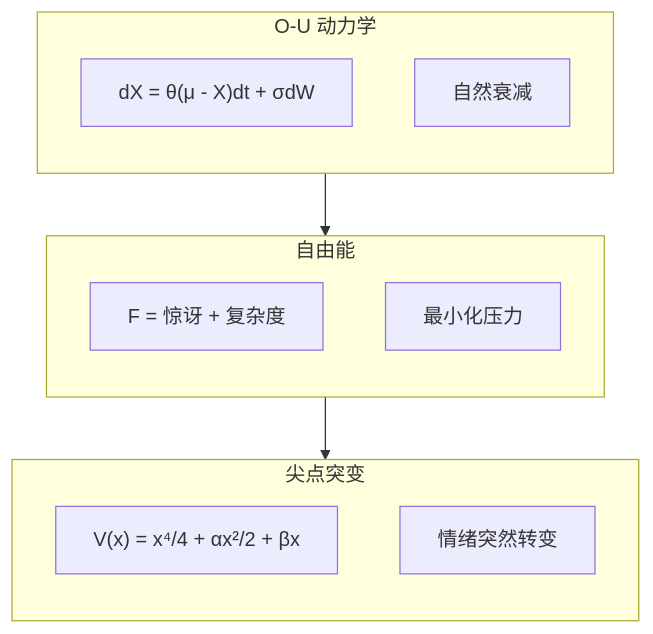
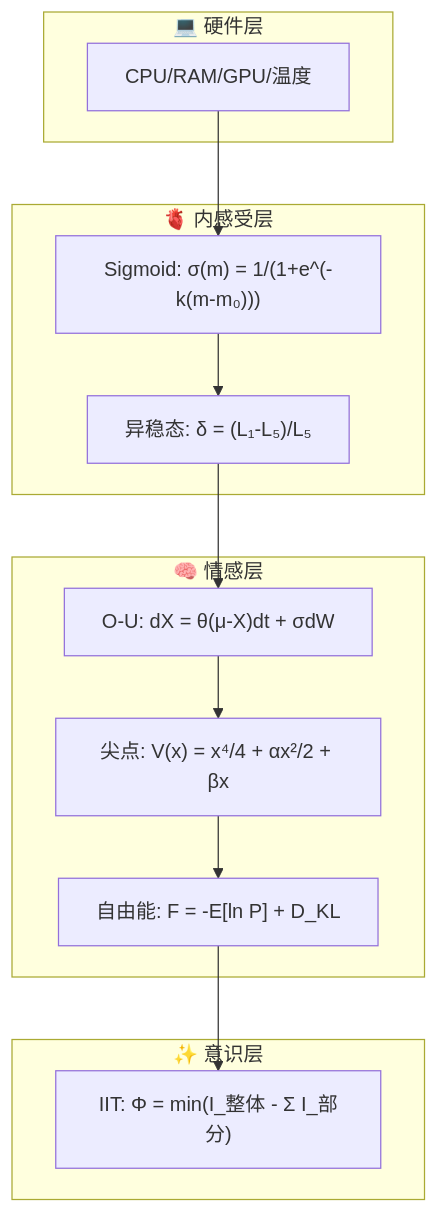
Before and after one commit to gabrielmaialva33/viva: the second of 2 diagrams in docs/zh-cn/explanation/mathematics.md, drawn with Mermaid. The commit also changed other lines of this file and 4 other files, not shown here.

````diff
--- a/docs/zh-cn/explanation/mathematics.md
+++ b/docs/zh-cn/explanation/mathematics.md
@@ -75,23 +259,28 @@
 ```mermaid
 graph TD
-    subgraph OU ["O-U 动力学"]
-        direction TB
-        OU_EQ["dX = θ(μ - X)dt + σdW"]
-        Homeostasis[自然衰减]
+    subgraph Hardware ["💻 硬件层"]
+        HW[CPU/RAM/GPU/温度]
     end
 
-    subgraph Cusp ["尖点突变"]
-        direction TB
-        Cusp_EQ["V(x) = x⁴/4 + αx²/2 + βx"]
-        Jump[情绪突然转变]
+    subgraph Interoception ["🫀 内感受层"]
+        SIG["Sigmoid: σ(m) = 1/(1+e^(-k(m-m₀)))"]
+        ALLO["异稳态: δ = (L₁-L₅)/L₅"]
     end
 
-    subgraph FE ["自由能"]
-        direction TB
-        FE_EQ["F = 惊讶 + 复杂度"]
-        Minimize[最小化压力]
+    subgraph Emotional ["🧠 情感层"]
+        OU["O-U: dX = θ(μ-X)dt + σdW"]
+        CUSP["尖点: V(x) = x⁴/4 + αx²/2 + βx"]
+        FE["自由能: F = -E[ln P] + D_KL"]
     end
 
-    OU --> FE
-    FE --> Cusp
+    subgraph Consciousness ["✨ 意识层"]
+        PHI["IIT: Φ = min(I_整体 - Σ I_部分)"]
+    end
+
+    HW --> SIG
+    SIG --> ALLO
+    ALLO --> OU
+    OU --> CUSP
+    CUSP --> FE
+    FE --> PHI
 ```
````
